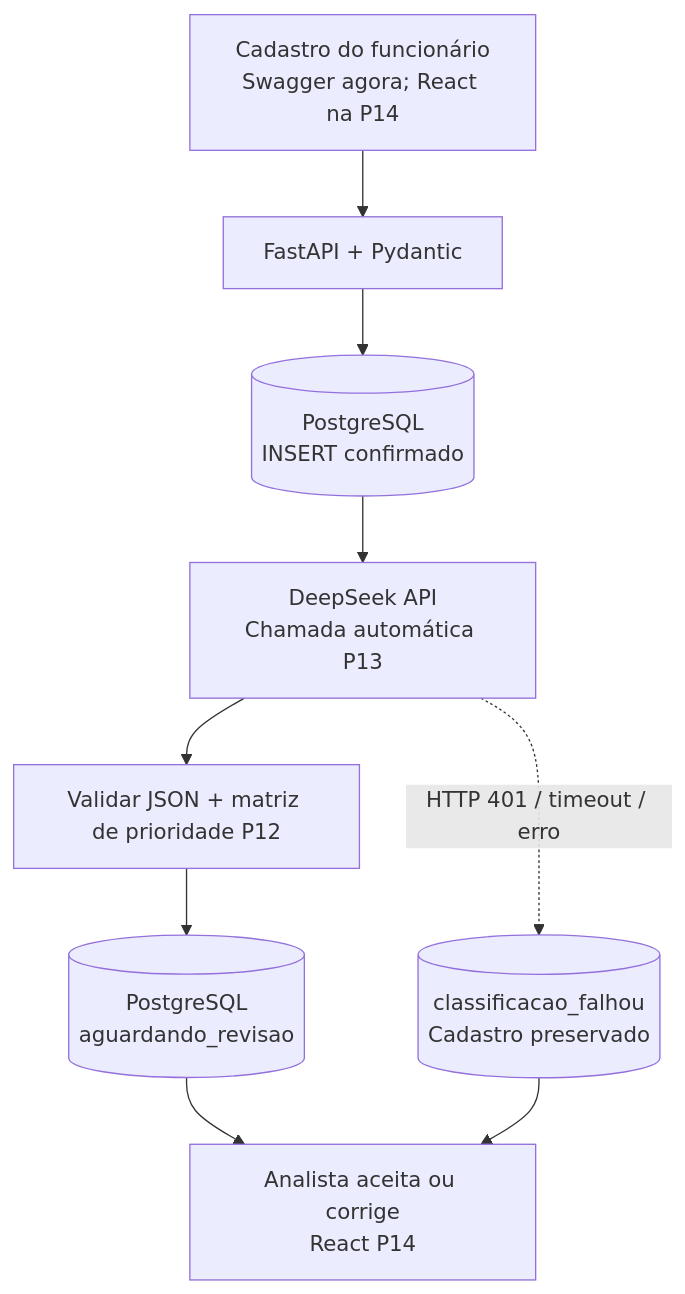
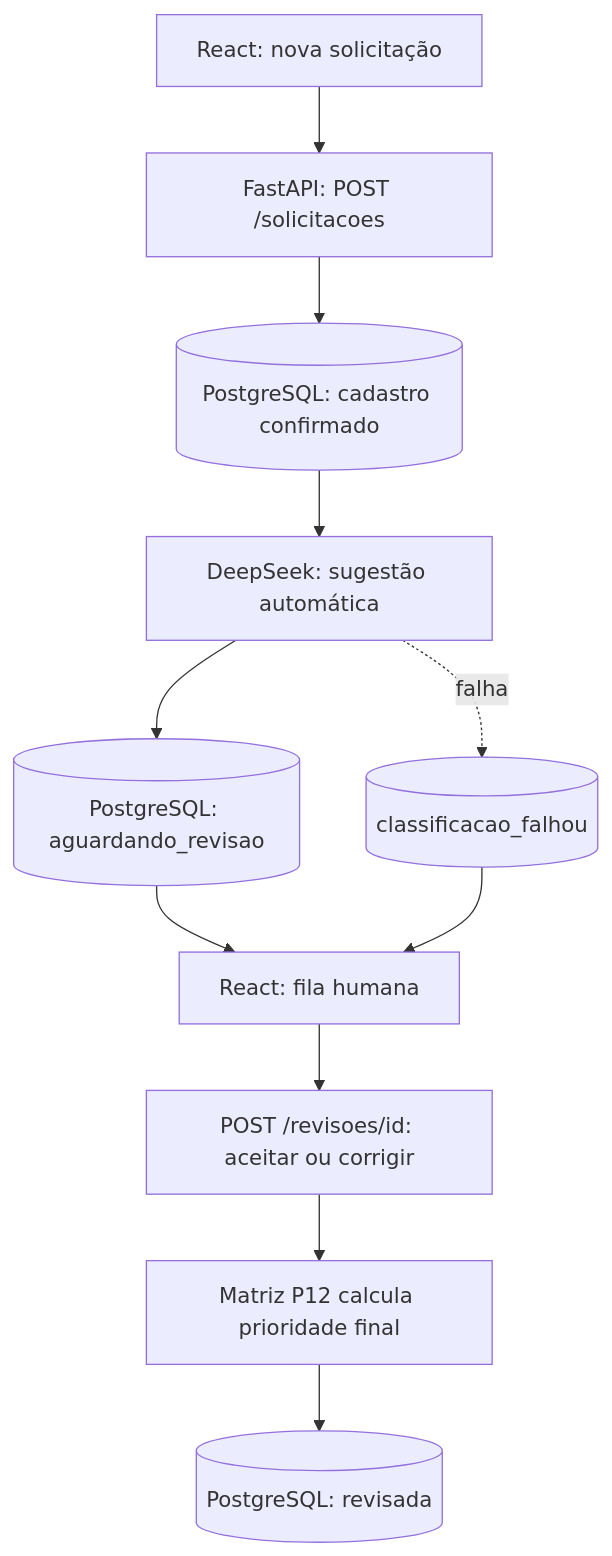
One commit to waldirevora/ai-request-classifier changed the diagram in docs/PLANO_DE_ESTUDOS_E_DICAS.md. Above: the diagram before and after it, drawn with Mermaid. The commit also changed other lines of this file and 18 other files, not shown here.

Commit message:
feat(wweb): implementa interface React e revisao humana

````diff
--- a/docs/PLANO_DE_ESTUDOS_E_DICAS.md
+++ b/docs/PLANO_DE_ESTUDOS_E_DICAS.md
@@ -13,11 +12,13 @@
 ```mermaid
 flowchart TD
-    A["Cadastro do funcionário<br/>Swagger agora; React na P14"] --> B["FastAPI + Pydantic"]
-    B --> C[("PostgreSQL<br/>INSERT confirmado")]
-    C --> D["DeepSeek API<br/>Chamada automática P13"]
-    D --> E["Validar JSON + matriz de prioridade P12"]
-    E --> F[("PostgreSQL<br/>aguardando_revisao")]
-    D -. "HTTP 401 / timeout / erro" .-> G[("classificacao_falhou<br/>Cadastro preservado")]
-    F --> H["Analista aceita ou corrige<br/>React P14"]
-    G --> H
+ A[React: nova solicitação] --> B[FastAPI: POST /solicitacoes]
+ B --> C[(PostgreSQL: cadastro confirmado)]
+ C --> D[DeepSeek: sugestão automática]
+ D --> E[(PostgreSQL: aguardando_revisao)]
+ D -. falha .-> F[(classificacao_falhou)]
+ E --> G[React: fila humana]
+ F --> G
+ G --> H[POST /revisoes/id: aceitar ou corrigir]
+ H --> I[Matriz P12 calcula prioridade final]
+ I --> J[(PostgreSQL: revisada)]
 ```
````
